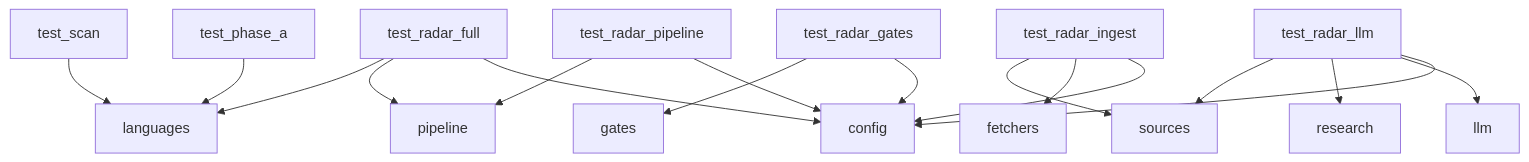
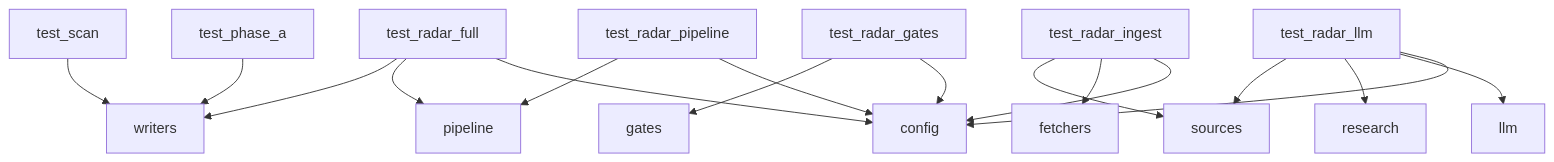
One commit to hhleroy97/repo-scan changed the diagram in docs/reports/dependencies.md. Above: the diagram before and after it, drawn with Mermaid. The commit also changed other lines of this file and 17 other files, not shown here.

Commit message:
feat: Obsidian graph support — frontmatter metadata and provenance wikilinks across radar artifacts

````diff
--- a/docs/reports/dependencies.md
+++ b/docs/reports/dependencies.md
@@ -10,19 +10,19 @@
 ```mermaid
 graph TD
-  tests_test_phase_a["test_phase_a"] --> repo_scan_languages["languages"]
+  tests_test_phase_a["test_phase_a"] --> repo_scan_writers["writers"]
   tests_test_radar_ingest["test_radar_ingest"] --> repo_scan_config["config"]
   tests_test_radar_ingest["test_radar_ingest"] --> repo_scan_radar_fetchers["fetchers"]
   tests_test_radar_ingest["test_radar_ingest"] --> repo_scan_radar_sources["sources"]
-  tests_test_scan["test_scan"] --> repo_scan_languages["languages"]
+  tests_test_scan["test_scan"] --> repo_scan_writers["writers"]
   tests_test_radar_pipeline["test_radar_pipeline"] --> repo_scan_config["config"]
   tests_test_radar_pipeline["test_radar_pipeline"] --> repo_scan_radar_pipeline["pipeline"]
   tests_test_radar_llm["test_radar_llm"] --> repo_scan_config["config"]
   tests_test_radar_llm["test_radar_llm"] --> repo_scan_radar_llm["llm"]
   tests_test_radar_llm["test_radar_llm"] --> repo_scan_radar_research["research"]
   tests_test_radar_llm["test_radar_llm"] --> repo_scan_radar_sources["sources"]
   tests_test_radar_gates["test_radar_gates"] --> repo_scan_config["config"]
   tests_test_radar_gates["test_radar_gates"] --> repo_scan_radar_gates["gates"]
   tests_test_radar_full["test_radar_full"] --> repo_scan_config["config"]
   tests_test_radar_full["test_radar_full"] --> repo_scan_radar_pipeline["pipeline"]
-  tests_test_radar_full["test_radar_full"] --> repo_scan_languages["languages"]
+  tests_test_radar_full["test_radar_full"] --> repo_scan_writers["writers"]
 ```
````
